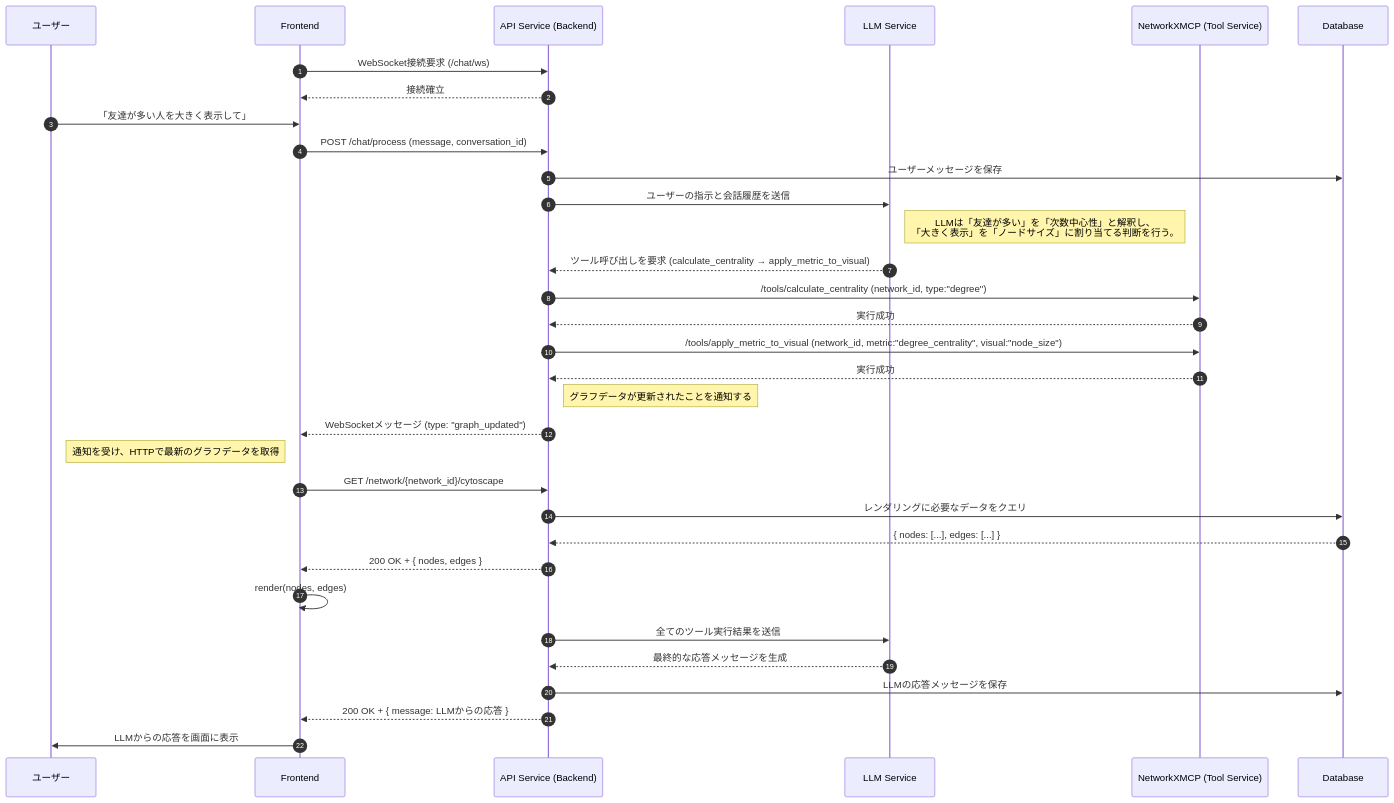
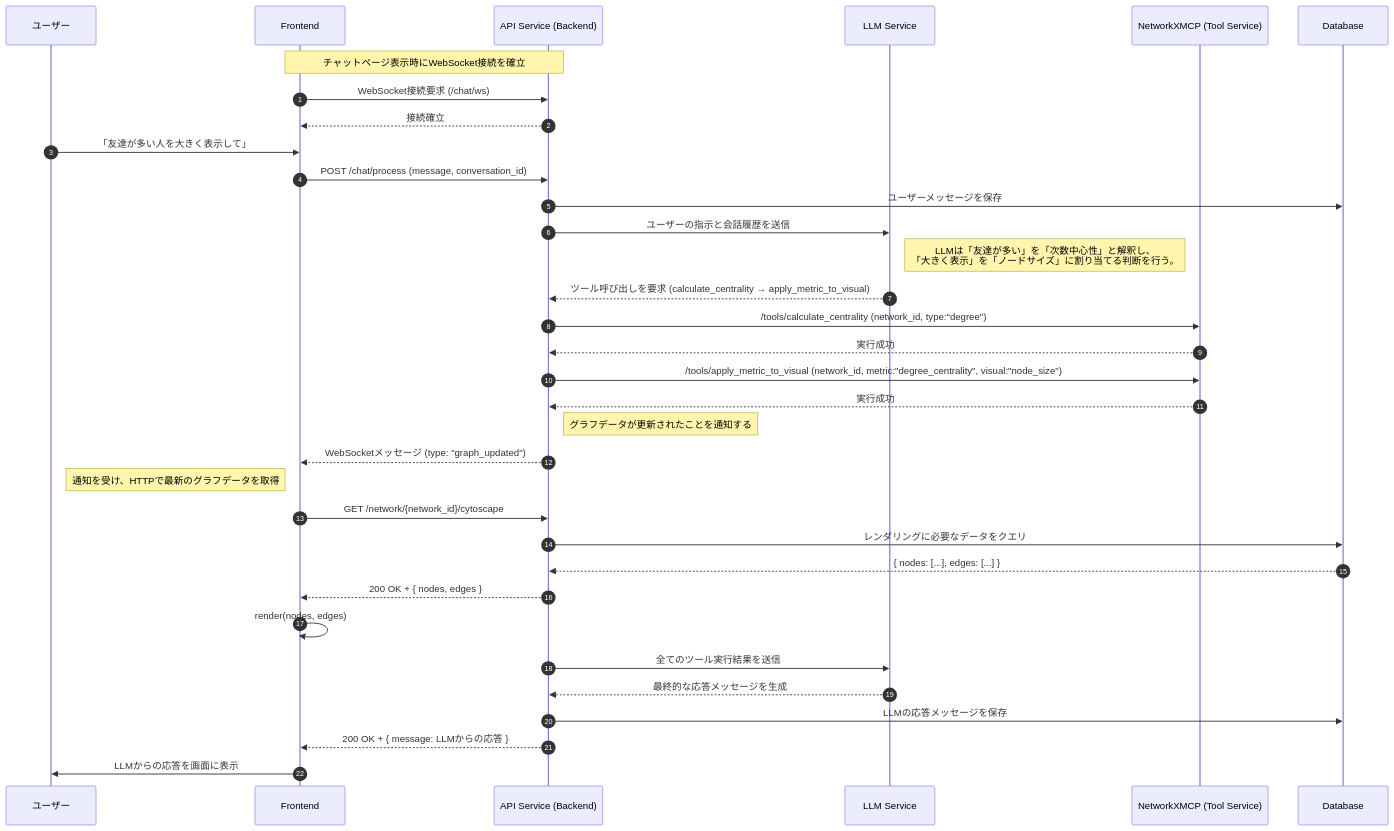
Before and after one commit to vdslab/LLMGraphvis: the second of 3 diagrams in specification/Interactions.md, drawn with Mermaid. The commit also changed other lines of this file and 3 other files, not shown here.

````diff
--- a/specification/Interactions.md
+++ b/specification/Interactions.md
@@ -55,50 +55,50 @@
 ```mermaid
 sequenceDiagram
     autonumber
     %% Participants
     participant U as ユーザー
     participant F as Frontend
     participant B as API Service (Backend)
     participant LLM as LLM Service
     participant N as NetworkXMCP (Tool Service)
     participant DB as Database
 
-    %% WebSocket Connection
+    note over F, B: チャットページ表示時にWebSocket接続を確立
     F->>B: WebSocket接続要求 (/chat/ws)
     B-->>F: 接続確立
 
     %% Step 1: User sends a message (HTTP POST)
     U->>F: 「友達が多い人を大きく表示して」
     F->>B: POST /chat/process (message, conversation_id)
     B->>DB: ユーザーメッセージを保存
 
     %% Step 2: Backend invokes LLM
     B->>LLM: ユーザーの指示と会話履歴を送信
     note right of LLM: LLMは「友達が多い」を「次数中心性」と解釈し、<br/>「大きく表示」を「ノードサイズ」に割り当てる判断を行う。
     LLM-->>B: ツール呼び出しを要求 (calculate_centrality → apply_metric_to_visual)
 
     %% Step 3: Backend calls tools
     B->>N: /tools/calculate_centrality (network_id, type:"degree")
     N-->>B: 実行成功
     B->>N: /tools/apply_metric_to_visual (network_id, metric:"degree_centrality", visual:"node_size")
     N-->>B: 実行成功
 
     %% Step 4: Backend sends a notification via WebSocket
     note right of B: グラフデータが更新されたことを通知する
     B-->>F: WebSocketメッセージ (type: "graph_updated")
 
     %% Step 5: Frontend fetches the updated graph data via HTTP
     note left of F: 通知を受け、HTTPで最新のグラフデータを取得
     F->>B: GET /network/{network_id}/cytoscape
     B->>DB: レンダリングに必要なデータをクエリ
     DB-->>B: { nodes: [...], edges: [...] }
     B-->>F: 200 OK + { nodes, edges }
     F->>F: render(nodes, edges)
 
     %% Step 6: Backend gets final response from LLM and sends it via HTTP response
     B->>LLM: 全てのツール実行結果を送信
     LLM-->>B: 最終的な応答メッセージを生成
     B->>DB: LLMの応答メッセージを保存
     B-->>F: 200 OK + { message: LLMからの応答 }
     F->>U: LLMからの応答を画面に表示
 ```
````
